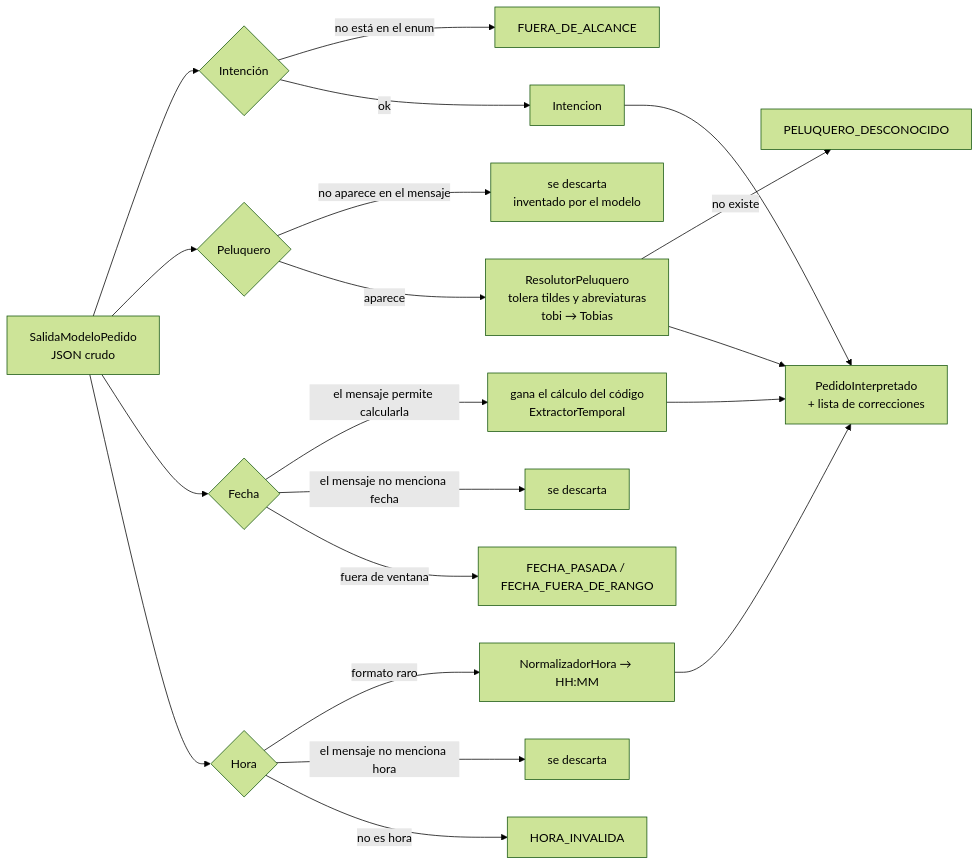
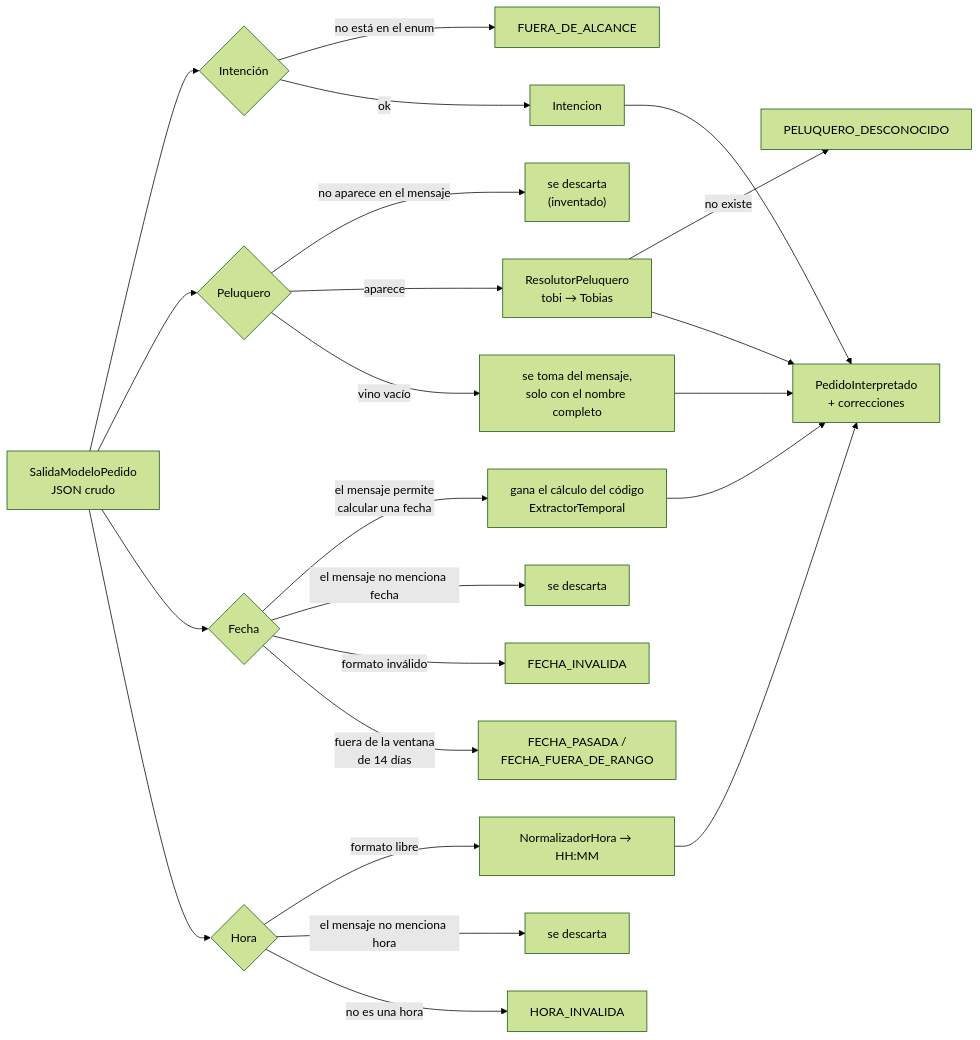
The eighth of 9 diagrams in src/main/java/com/up/peluqueria/agente/README.md (glaime/peluqueria-agente), drawn with Mermaid (forest theme) before and after one commit. The commit also changed other lines of this file, not shown here.

Commit message:
docs(agente): actualiza README del paquete agente

````diff
--- a/src/main/java/com/up/peluqueria/agente/README.md
+++ b/src/main/java/com/up/peluqueria/agente/README.md
@@ -209,24 +825,26 @@
 ```mermaid
 flowchart LR
-    S[SalidaModeloPedido<br/>JSON crudo] --> I{Intención}
-    S --> P{Peluquero}
-    S --> F{Fecha}
-    S --> H{Hora}
+    S["SalidaModeloPedido<br/>JSON crudo"] --> I{"Intención"}
+    S --> P{"Peluquero"}
+    S --> F{"Fecha"}
+    S --> H{"Hora"}
 
-    I -- no está en el enum --> I2[FUERA_DE_ALCANCE]
-    I -- ok --> I3[Intencion]
+    I -- "no está en el enum" --> I2["FUERA_DE_ALCANCE"]
+    I -- ok --> I3["Intencion"]
 
-    P -- no aparece en el mensaje --> P2[se descarta<br/>inventado por el modelo]
-    P -- aparece --> P3[ResolutorPeluquero<br/>tolera tildes y abreviaturas<br/>tobi → Tobias]
-    P3 -- no existe --> P4[PELUQUERO_DESCONOCIDO]
+    P -- "no aparece en el mensaje" --> P2["se descarta<br/>(inventado)"]
+    P -- aparece --> P3["ResolutorPeluquero<br/>tobi → Tobias"]
+    P -- "vino vacío" --> P5["se toma del mensaje,<br/>solo con el nombre completo"]
+    P3 -- "no existe" --> P4["PELUQUERO_DESCONOCIDO"]
 
-    F -- el mensaje permite calcularla --> F2[gana el cálculo del código<br/>ExtractorTemporal]
-    F -- el mensaje no menciona fecha --> F3[se descarta]
-    F -- fuera de ventana --> F4[FECHA_PASADA / FECHA_FUERA_DE_RANGO]
+    F -- "el mensaje permite<br/>calcular una fecha" --> F2["gana el cálculo del código<br/>ExtractorTemporal"]
+    F -- "el mensaje no menciona fecha" --> F3["se descarta"]
+    F -- "formato inválido" --> F5["FECHA_INVALIDA"]
+    F -- "fuera de la ventana<br/>de 14 días" --> F4["FECHA_PASADA /<br/>FECHA_FUERA_DE_RANGO"]
 
-    H -- formato raro --> H2[NormalizadorHora → HH:MM]
-    H -- el mensaje no menciona hora --> H3[se descarta]
-    H -- no es hora --> H4[HORA_INVALIDA]
+    H -- "formato libre" --> H2["NormalizadorHora → HH:MM"]
+    H -- "el mensaje no menciona hora" --> H3["se descarta"]
+    H -- "no es una hora" --> H4["HORA_INVALIDA"]
 
-    I3 & P3 & F2 & H2 --> R[PedidoInterpretado<br/>+ lista de correcciones]
+    I3 & P3 & P5 & F2 & H2 --> R["PedidoInterpretado<br/>+ correcciones"]
 ```
````
